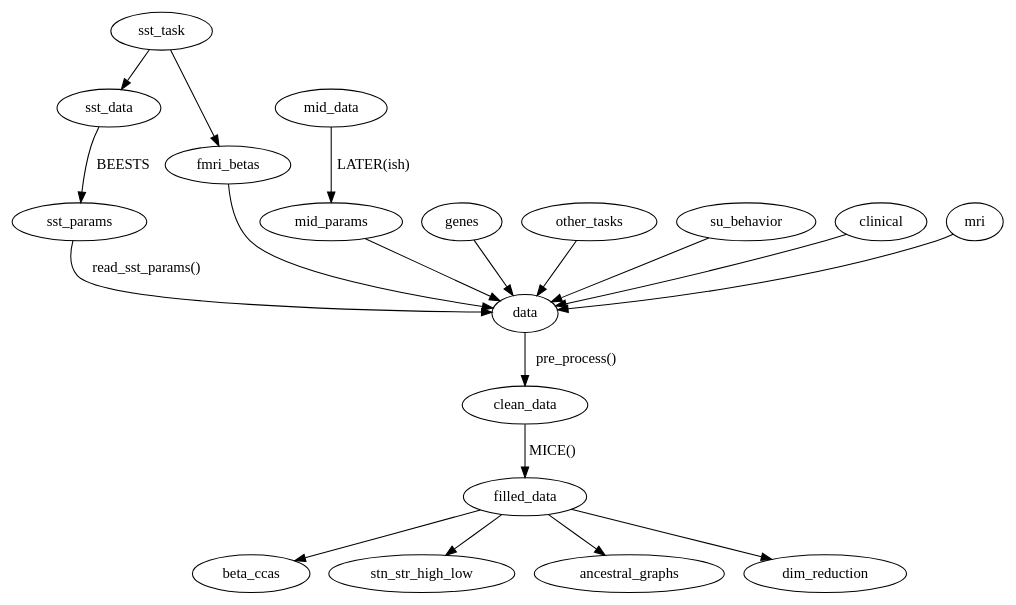
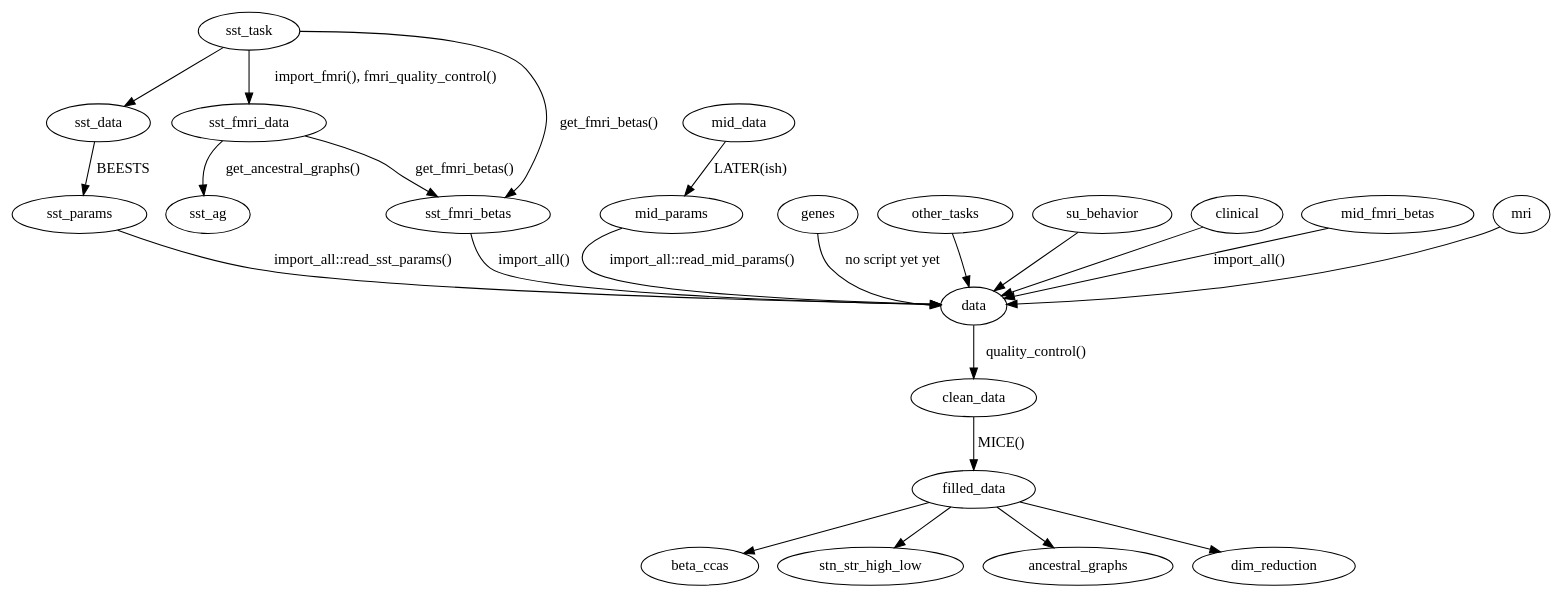
The diagram in misc/project.dot (DanielNScott/imagen), drawn with Graphviz before and after one commit. The commit also changed 10 other files, not shown here.

```diff
--- a/misc/project.dot
+++ b/misc/project.dot
@@ -1,25 +1,34 @@
 digraph{
    sst_task -> sst_data
-   sst_task -> fmri_betas
+   sst_task -> sst_fmri_data [label="import_fmri(), fmri_quality_control()"]
+   sst_task -> sst_fmri_betas [label="get_fmri_betas()"]
+
+   sst_fmri_data -> sst_fmri_betas [label="get_fmri_betas()"]
+   sst_fmri_data -> sst_ag [label="get_ancestral_graphs()"]
 
    sst_data -> sst_params [label="BEESTS"]
    mid_data -> mid_params [label="LATER(ish)"]
 
-   genes -> data
-   sst_params -> data [label="read_sst_params()"]
-   mid_params -> data
+   genes -> data [label="no script yet yet"]
+
+   sst_params  -> data [label="import_all::read_sst_params()"]
+   mid_params  -> data [label="import_all::read_mid_params()"]
+
    other_tasks -> data
    su_behavior -> data
    clinical    -> data
-   fmri_betas  -> data
-   mri         -> data
 
-   data       -> clean_data  [label="pre_process()"]
+   sst_fmri_betas -> data [label="import_all()"]
+   mid_fmri_betas -> data [label="import_all()"]
+
+   mri -> data
+
+   data       -> clean_data  [label="quality_control()"]
    clean_data -> filled_data [label="MICE()"]
 
    filled_data -> beta_ccas
    filled_data -> stn_str_high_low
    filled_data -> ancestral_graphs
    filled_data -> dim_reduction
 
 }
```
